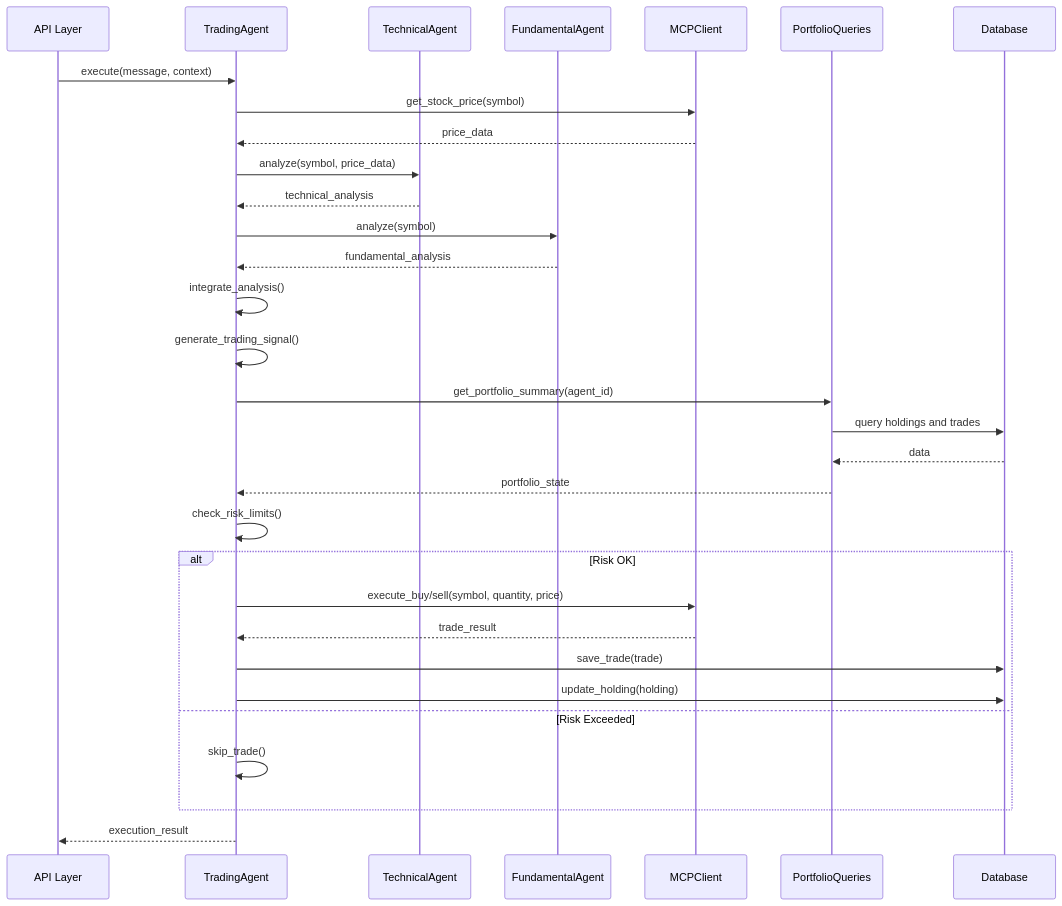
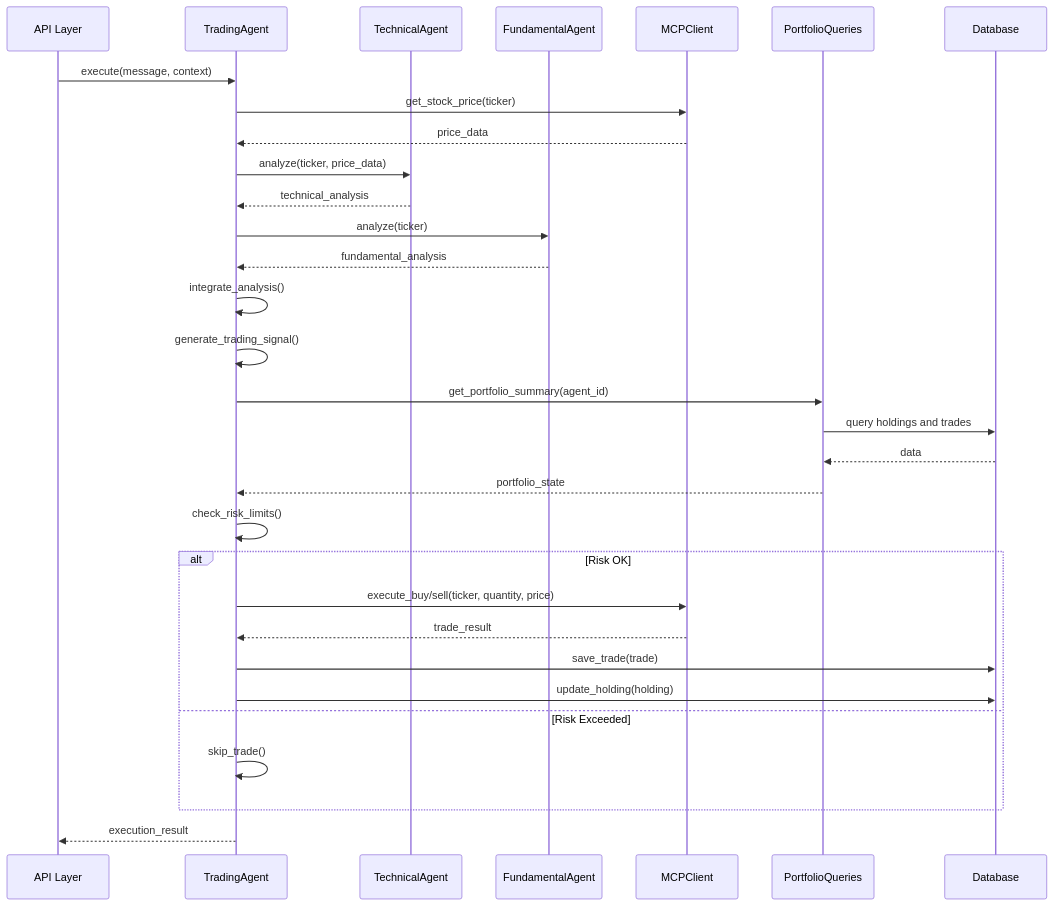
Before and after one commit to sacahan/CasualTrader: the second of 4 diagrams in docs/AGENTS_ARCHITECTURE.md, drawn with Mermaid. The commit also changed other lines of this file and 30 other files, not shown here.

First line of the commit message:
refactor: rename 'symbol' to 'ticker' across the codebase for consistency

````diff
--- a/docs/AGENTS_ARCHITECTURE.md
+++ b/docs/AGENTS_ARCHITECTURE.md
@@ -848,43 +848,43 @@
 ```mermaid
 sequenceDiagram
     participant API as API Layer
     participant TA as TradingAgent
     participant Tech as TechnicalAgent
     participant Fund as FundamentalAgent
     participant MCP as MCPClient
     participant PQ as PortfolioQueries
     participant DB as Database
 
     API->>TA: execute(message, context)
 
-    TA->>MCP: get_stock_price(symbol)
+    TA->>MCP: get_stock_price(ticker)
     MCP-->>TA: price_data
 
-    TA->>Tech: analyze(symbol, price_data)
+    TA->>Tech: analyze(ticker, price_data)
     Tech-->>TA: technical_analysis
 
-    TA->>Fund: analyze(symbol)
+    TA->>Fund: analyze(ticker)
     Fund-->>TA: fundamental_analysis
 
     TA->>TA: integrate_analysis()
     TA->>TA: generate_trading_signal()
 
     TA->>PQ: get_portfolio_summary(agent_id)
     PQ->>DB: query holdings and trades
     DB-->>PQ: data
     PQ-->>TA: portfolio_state
 
     TA->>TA: check_risk_limits()
 
     alt Risk OK
-        TA->>MCP: execute_buy/sell(symbol, quantity, price)
+        TA->>MCP: execute_buy/sell(ticker, quantity, price)
         MCP-->>TA: trade_result
 
         TA->>DB: save_trade(trade)
         TA->>DB: update_holding(holding)
     else Risk Exceeded
         TA->>TA: skip_trade()
     end
 
     TA-->>API: execution_result
 ```
````
